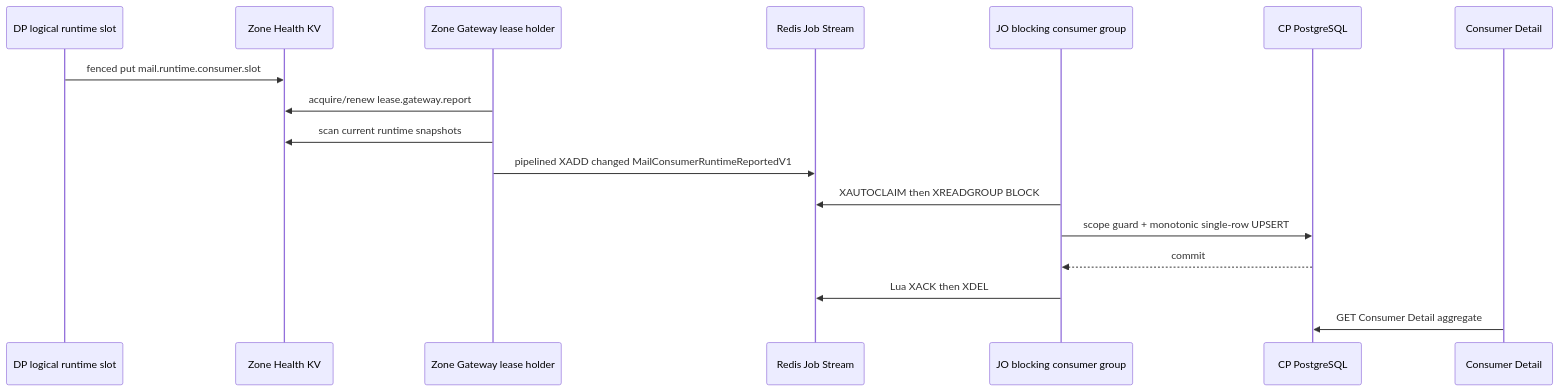
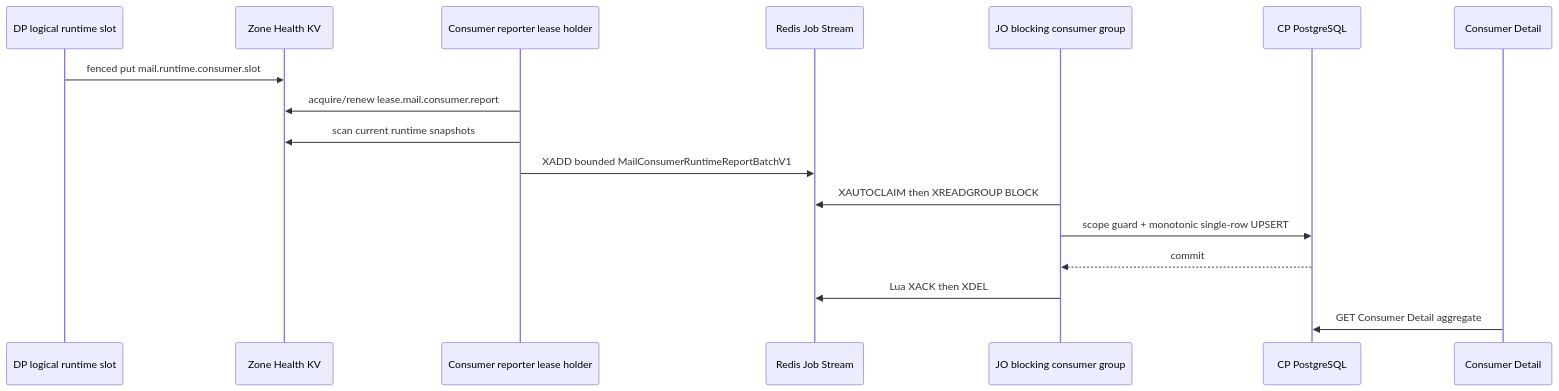
One commit to phucle996/aurora changed the fourth of 4 diagrams in god_view/mail/mail_configuration_projection_god_view.md. Above: the diagram before and after it, drawn with Mermaid. The commit also changed other lines of this file and 79 other files, not shown here.

Commit message:
feat: implement mail infrastructure reporting system with node snapshot monitoring and consumer runtime telemetry batches

````diff
--- a/god_view/mail/mail_configuration_projection_god_view.md
+++ b/god_view/mail/mail_configuration_projection_god_view.md
@@ -279,20 +284,20 @@
 ```mermaid
 sequenceDiagram
     participant Slot as DP logical runtime slot
     participant KV as Zone Health KV
-    participant Relay as Zone Gateway lease holder
+    participant Relay as Consumer reporter lease holder
     participant RJ as Redis Job Stream
     participant JO as JO blocking consumer group
     participant DB as CP PostgreSQL
     participant UI as Consumer Detail
 
     Slot->>KV: fenced put mail.runtime.consumer.slot
-    Relay->>KV: acquire/renew lease.gateway.report
+    Relay->>KV: acquire/renew lease.mail.consumer.report
     Relay->>KV: scan current runtime snapshots
-    Relay->>RJ: pipelined XADD changed MailConsumerRuntimeReportedV1
+    Relay->>RJ: XADD bounded MailConsumerRuntimeReportBatchV1
     JO->>RJ: XAUTOCLAIM then XREADGROUP BLOCK
     JO->>DB: scope guard + monotonic single-row UPSERT
     DB-->>JO: commit
     JO->>RJ: Lua XACK then XDEL
     UI->>DB: GET Consumer Detail aggregate
 ```
````
